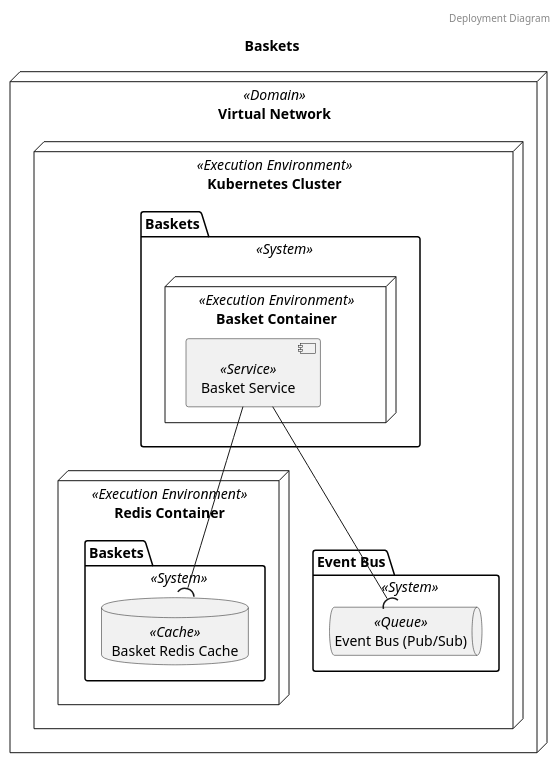
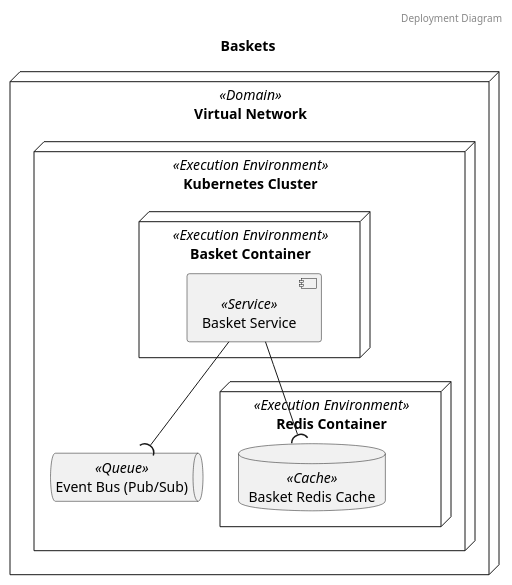
One commit to garrettsutula/example-trellis-project changed the second of 3 diagrams in diagrams/systems/Baskets.puml. Above: the diagram before and after it, drawn with PlantUML. The commit also changed other lines of this file and 23 other files, not shown here.

Commit message:
Update deps, add examples of new diagrams, update for breaking interface changes

```diff
--- a/diagrams/systems/Baskets.puml
+++ b/diagrams/systems/Baskets.puml
@@ -15,25 +15,17 @@
 @startuml Deployment Diagram Baskets
 header Deployment Diagram
 title Baskets
-	node "Virtual Network" as Virtual_Network <<Domain>> {
-		node "Kubernetes Cluster" as Kubernetes_Cluster <<Execution Environment>> {
-			node "Redis Container" as Redis_Container <<Execution Environment>> {
-				package "Baskets" as Baskets_Redis_Container_package <<System>>{
-					database "Basket Redis Cache" as Basket_Redis_Cache <<Cache>>
-				}
-			}
-			package "Event Bus" as Event_Bus_Kubernetes_Cluster_package <<System>>{
-				queue "Event Bus (Pub/Sub)" as Event_Bus_Pub_Sub <<Queue>>
-			}
-			package "Baskets" as Baskets_Kubernetes_Cluster_package <<System>>{
-				node "Basket Container" as Basket_Container <<Execution Environment>> {
-					component "Basket Service" as Basket_Service <<Service>>
-				}
-
-			}
+node "Virtual Network" as Virtual_Network <<Domain>> {
+	node "Kubernetes Cluster" as Kubernetes_Cluster <<Execution Environment>> {
+		node "Redis Container" as Redis_Container <<Execution Environment>> {
+			database "Basket Redis Cache" as Basket_Redis_Cache <<Cache>>
+		}
+		queue "Event Bus (Pub/Sub)" as Event_Bus_Pub_Sub <<Queue>>
+		node "Basket Container" as Basket_Container <<Execution Environment>> {
+			component "Basket Service" as Basket_Service <<Service>>
 		}
 	}
-
+}
 	Basket_Service -down-( Basket_Redis_Cache
 	Basket_Service -down-( Event_Bus_Pub_Sub
 @enduml
```
